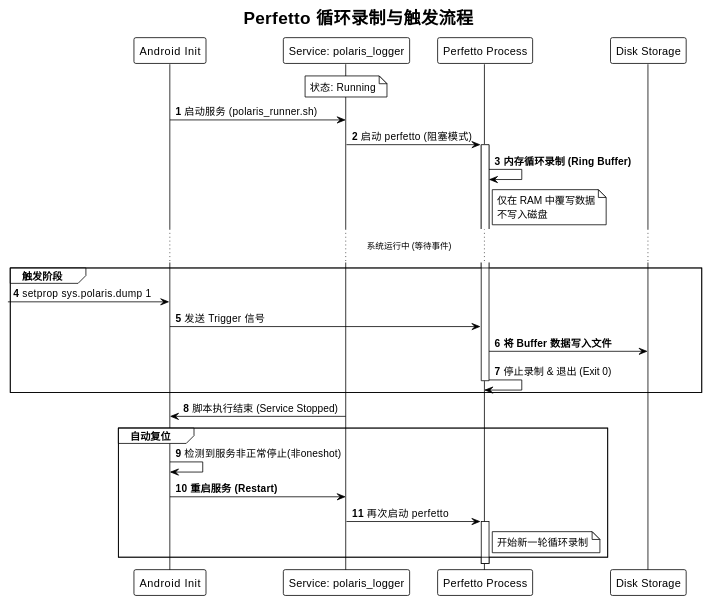
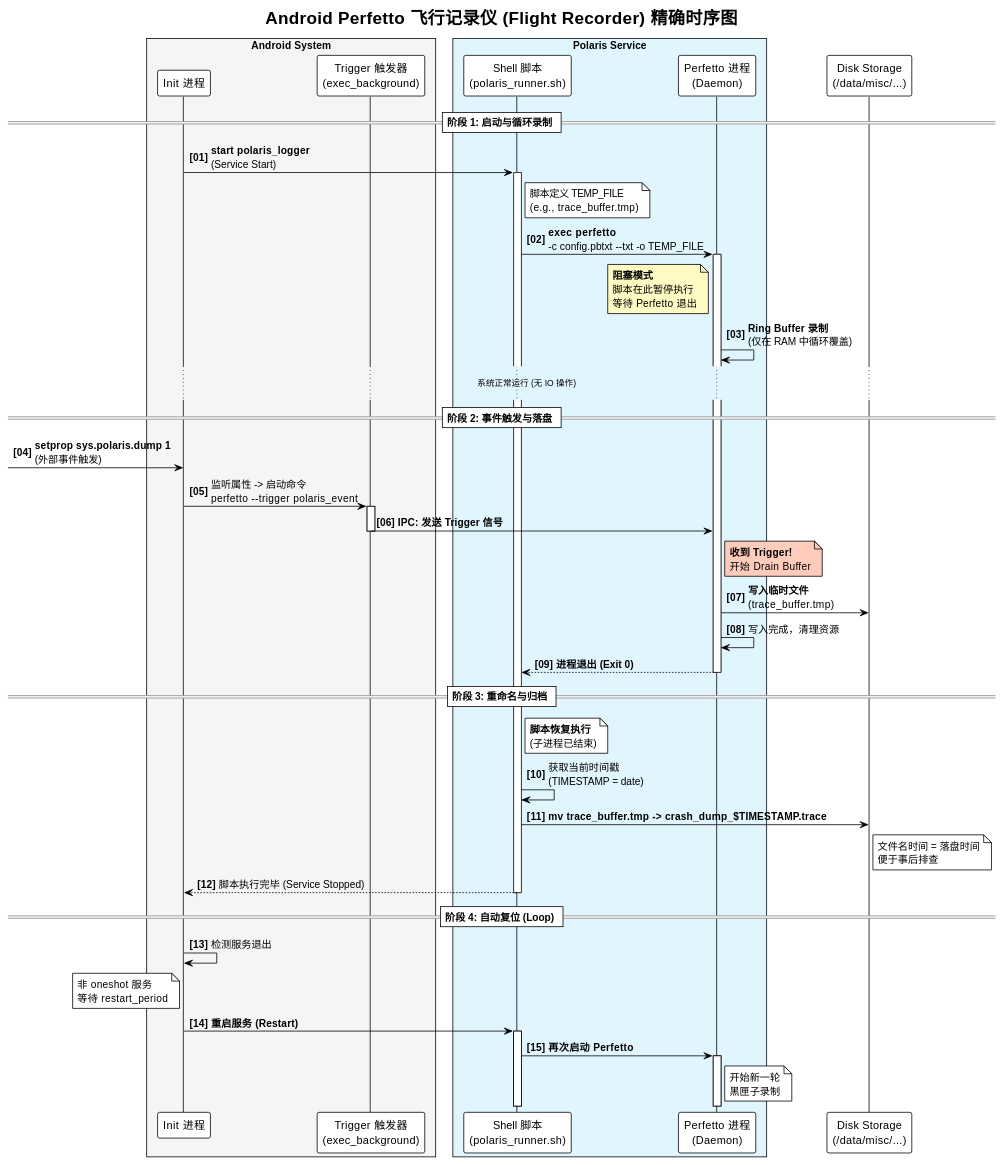
Before and after one commit to Ethen-Cao/ethenslab: the diagram in content/android-dev/Perf & Stability/perfetto.md, drawn with PlantUML. The commit also changed 4 other files, not shown here.

````diff
--- a/content/android-dev/Perf & Stability/perfetto.md
+++ b/content/android-dev/Perf & Stability/perfetto.md
@@ -23,44 +23,92 @@
 ```plantuml
-
 @startuml
 !theme plain
-autonumber
+autonumber "<b>[00]"
 skinparam defaultFontName Arial
+skinparam ParticipantPadding 10
+skinparam BoxPadding 10
 
-title Perfetto 循环录制与触发流程
+title Android Perfetto 飞行记录仪 (Flight Recorder) 精确时序图
 
-participant "Android Init" as Init
-participant "Service: polaris_logger" as Svc
-participant "Perfetto Process" as Perfetto
-participant "Disk Storage" as Disk
+box "Android System" #F5F5F5
+    participant "Init 进程" as Init
+    participant "Trigger 触发器\n(exec_background)" as TriggerProc
+end box
 
-note over Svc: 状态: Running
+box "Polaris Service" #E1F5FE
+    participant "Shell 脚本\n(polaris_runner.sh)" as Script
+    participant "Perfetto 进程\n(Daemon)" as Perfetto
+end box
 
-Init -> Svc: 启动服务 (polaris_runner.sh)
-Svc -> Perfetto: 启动 perfetto (阻塞模式)
+participant "Disk Storage\n(/data/misc/...)" as Disk
+
+== 阶段 1: 启动与循环录制 ==
+
+Init -> Script: <b>start polaris_logger</b>\n(Service Start)
+activate Script
+
+note right of Script: 脚本定义 TEMP_FILE\n(e.g., trace_buffer.tmp)
+
+Script -> Perfetto: <b>exec perfetto</b>\n-c config.pbtxt --txt -o TEMP_FILE
 activate Perfetto
-Perfetto -> Perfetto: **内存循环录制 (Ring Buffer)**
-note right of Perfetto: 仅在 RAM 中覆写数据\n不写入磁盘
 
-... 系统运行中 (等待事件) ...
+note left of Perfetto #FFF9C4
+    <b>阻塞模式</b>
+    脚本在此暂停执行
+    等待 Perfetto 退出
+end note
 
-group 触发阶段
--> Init: setprop sys.polaris.dump 1
-Init -> Perfetto: 发送 Trigger 信号
-Perfetto -> Disk: **将 Buffer 数据写入文件**
-Perfetto -> Perfetto: 停止录制 & 退出 (Exit 0)
+Perfetto -> Perfetto: <b>Ring Buffer 录制</b>\n(仅在 RAM 中循环覆盖)
+
+... 系统正常运行 (无 IO 操作) ...
+
+== 阶段 2: 事件触发与落盘 ==
+
+[-> Init: <b>setprop sys.polaris.dump 1</b>\n(外部事件触发)
+
+Init -> TriggerProc: 监听属性 -> 启动命令\nperfetto --trigger polaris_event
+activate TriggerProc
+
+TriggerProc -> Perfetto: <b>IPC: 发送 Trigger 信号</b>
+deactivate TriggerProc
+
+note right of Perfetto #FFCCBC
+    <b>收到 Trigger!</b>
+    开始 Drain Buffer
+end note
+
+Perfetto -> Disk: <b>写入临时文件</b>\n(trace_buffer.tmp)
+Perfetto -> Perfetto: 写入完成，清理资源
+Perfetto --> Script: <b>进程退出 (Exit 0)</b>
 deactivate Perfetto
-end
 
-Svc -> Init: 脚本执行结束 (Service Stopped)
+== 阶段 3: 重命名与归档 ==
 
-group 自动复位
-Init -> Init: 检测到服务非正常停止(非oneshot)
-Init -> Svc: **重启服务 (Restart)**
-Svc -> Perfetto: 再次启动 perfetto
+note right of Script
+    <b>脚本恢复执行</b>
+    (子进程已结束)
+end note
+
+Script -> Script: 获取当前时间戳\n(TIMESTAMP = date)
+Script -> Disk: <b>mv trace_buffer.tmp -> crash_dump_$TIMESTAMP.trace</b>
+note right of Disk: 文件名时间 = 落盘时间\n便于事后排查
+
+Script --> Init: 脚本执行完毕 (Service Stopped)
+deactivate Script
+
+== 阶段 4: 自动复位 (Loop) ==
+
+Init -> Init: 检测服务退出
+note left of Init
+    非 oneshot 服务
+    等待 restart_period
+end note
+
+Init -> Script: <b>重启服务 (Restart)</b>
+activate Script
+Script -> Perfetto: <b>再次启动 Perfetto</b>
 activate Perfetto
-note right of Perfetto: 开始新一轮循环录制
-end
+note right of Perfetto: 开始新一轮\n黑匣子录制
 
 @enduml
 
````
